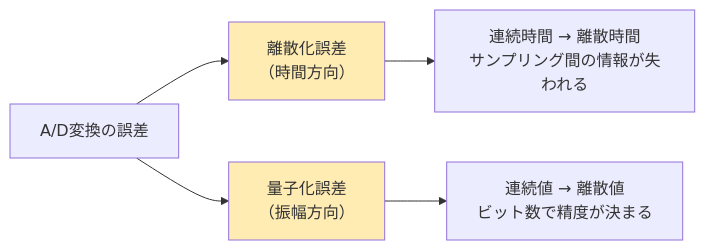
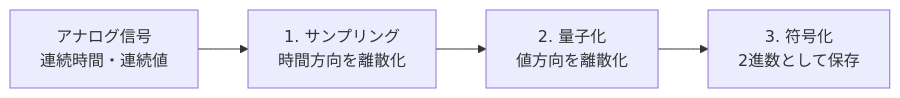
One commit to fit-ime-cao/keisoku-kogaku changed the second of 2 diagrams in docs/weeks/week-06.md. Above: the diagram before and after it, drawn with Mermaid. The commit also changed other lines of this file and 2 other files, not shown here.

````diff
--- a/docs/weeks/week-06.md
+++ b/docs/weeks/week-06.md
@@ -156,9 +113,6 @@
 ```mermaid
 graph LR
-    A["A/D変換の誤差"] --> B["離散化誤差<br>（時間方向）"]
-    A --> C["量子化誤差<br>（振幅方向）"]
-    B --> D["連続時間 → 離散時間<br>サンプリング間の情報が失われる"]
-    C --> E["連続値 → 離散値<br>ビット数で精度が決まる"]
-    style B fill:#FFECB3,color:#333
-    style C fill:#FFECB3,color:#333
+    A[アナログ信号<br>連続時間・連続値] --> B[1. サンプリング<br>時間方向を離散化]
+    B --> C[2. 量子化<br>値方向を離散化]
+    C --> D[3. 符号化<br>2進数として保存]
 ```
````
